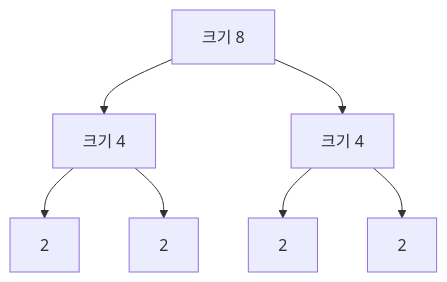
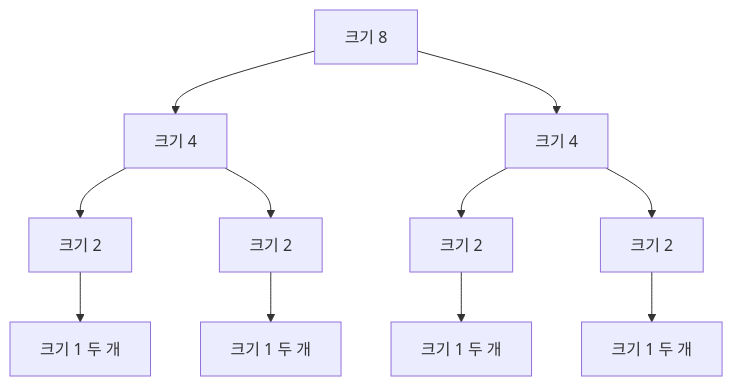
One commit to mj006648/netai-devsecops-runbook changed the diagram in learning/algorithms/11-divide-and-conquer.md. Above: the diagram before and after it, drawn with Mermaid. The commit also changed other lines of this file and 62 other files, not shown here.

````diff
--- a/learning/algorithms/11-divide-and-conquer.md
+++ b/learning/algorithms/11-divide-and-conquer.md
@@ -7,9 +7,13 @@
-```mermaid
+~~~mermaid
 flowchart TD
     N["크기 8"] --> L["크기 4"]
     N --> R["크기 4"]
-    L --> L1["2"]
-    L --> L2["2"]
-    R --> R1["2"]
-    R --> R2["2"]
-```
+    L --> L1["크기 2"]
+    L --> L2["크기 2"]
+    R --> R1["크기 2"]
+    R --> R2["크기 2"]
+    L1 --> O1["크기 1 두 개"]
+    L2 --> O2["크기 1 두 개"]
+    R1 --> O3["크기 1 두 개"]
+    R2 --> O4["크기 1 두 개"]
+~~~
````
